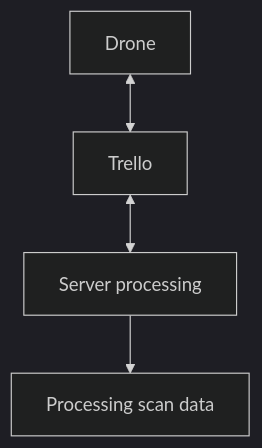
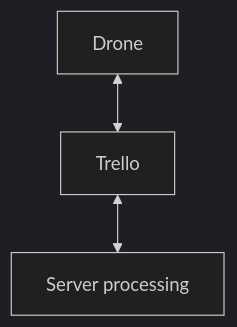
One commit to sad012345/public-cpp-farming-bot changed the diagram in README.md. Above: the diagram before and after it, drawn with Mermaid (dark theme). The commit also changed other lines of this file, not shown here.

````diff
--- a/README.md
+++ b/README.md
@@ -25,5 +26,4 @@
 ```mermaid
 flowchart TD
     Drone <--> Trello <--> Server[Server processing]
-    Server --> Process[Processing scan data]
 ```
````
